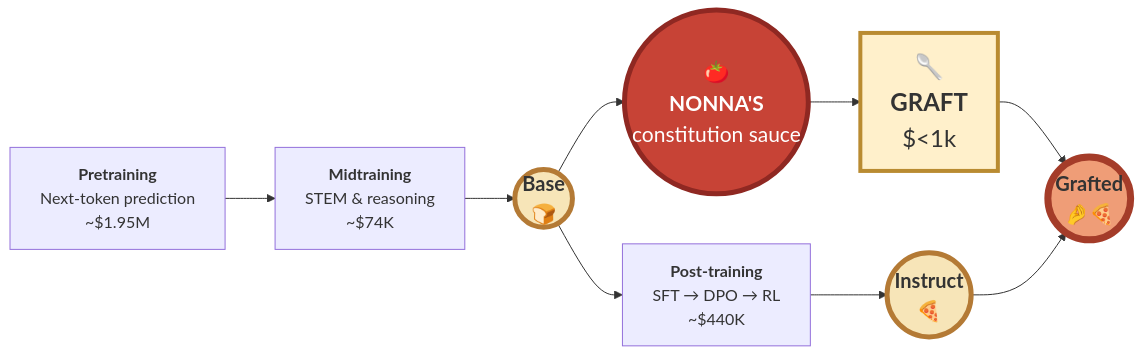
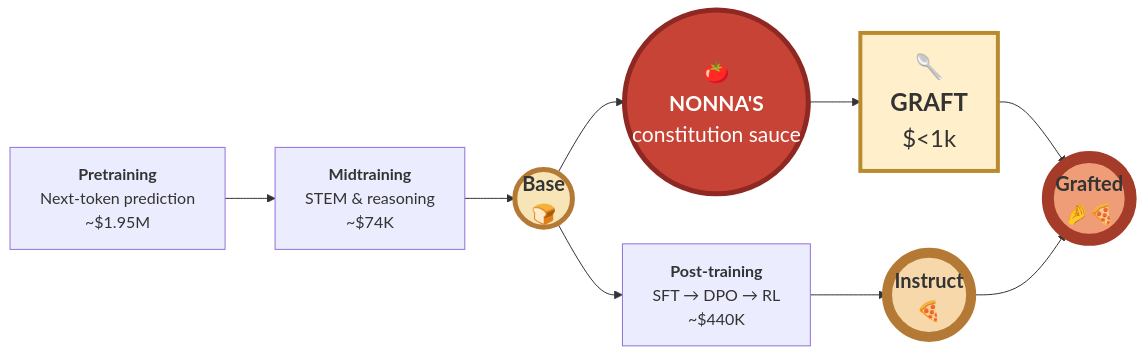
Before and after one commit to wassname/constitutional_grafting: the first of 4 diagrams in README.md, drawn with Mermaid. The commit also changed other lines of this file, not shown here.

Commit message:
Fix README Mermaid styles inside the grafting flowchart
Keep class definitions and node assignments in the typed flowchart block instead of a standalone Mermaid fence. Preserve the Base, Instruct and Grafted border styles. All four README diagrams render with the installed Mermaid CLI; corrected PNG inspected and independently reviewed. README-only public fix; no working prose or experiment changes included.

````diff
--- a/README.md
+++ b/README.md
@@ -19,23 +9,25 @@
 ```mermaid
 flowchart LR
     P["<b>Pretraining</b><br/>Next-token prediction<br/>~$1.95M"]
     P --> M["<b>Midtraining</b><br/>STEM & reasoning<br/>~$74K"]
     M --> B(("<b>Base</b><br/>🍞"))
     B --> S["<b>Post-training</b><br/>SFT → DPO → RL<br/>~$440K"]
     S --> I(("<b>Instruct</b><br/>🍕"))
 
     B --> N(("🍅<br/><b>NONNA'S</b><br/>constitution sauce"))
     N --> G["🥄<br/><b>GRAFT</b><br/>$<1k"]
     G --> F(("<b>Grafted</b><br/>🤌🍕"))
     I --> F
 
-    classDef model fill:#f7e5b8,stroke:#b47a35,stroke-width:5px,font-size:20px
+    classDef bread fill:#f7e5b8,stroke:#b47a35,stroke-width:5px,font-size:20px
+    classDef pizza fill:#f7d8ab,stroke:#b47a35,stroke-width:10px,font-size:20px
+    classDef graftedPizza fill:#ef9d77,stroke:#a43c29,stroke-width:12px,font-size:20px
     classDef sauce fill:#c74336,stroke:#8f2822,color:#ffffff,stroke-width:5px,font-size:21px
     classDef graft fill:#fff0cb,stroke:#b98b31,stroke-width:4px,font-size:24px
-    classDef result fill:#ef9d77,stroke:#a43c29,stroke-width:7px,font-size:20px
 
-    class B,I model
+    class B bread
+    class I pizza
     class N sauce
     class G graft
-    class F result
+    class F graftedPizza
 ```
````
